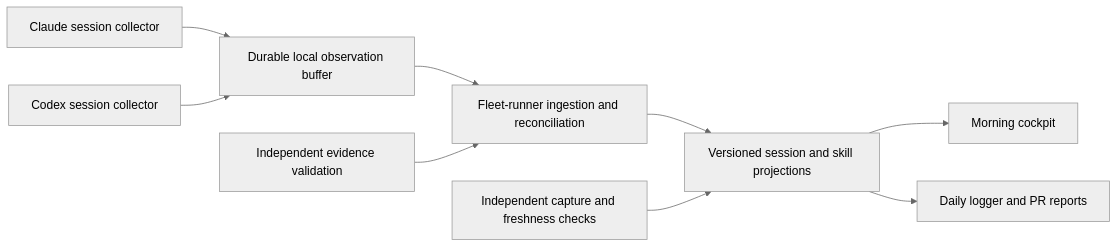
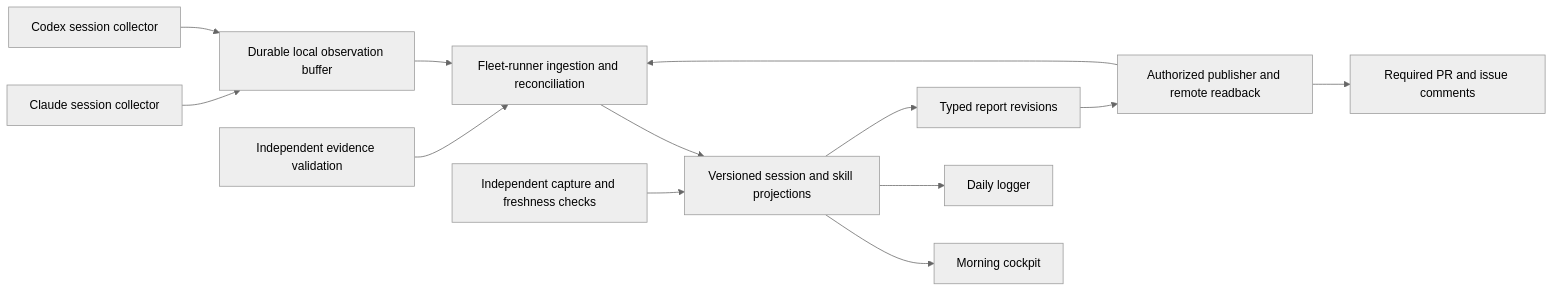
Before and after one commit to ojfbot/core: the diagram in decisions/fleet-runner/skill-observation.md, drawn with Mermaid (neutral theme). The commit also changed other lines of this file and 6 other files, not shown here.

````diff
--- a/decisions/fleet-runner/skill-observation.md
+++ b/decisions/fleet-runner/skill-observation.md
@@ -30,11 +32,15 @@
 ```mermaid
 flowchart LR
   C[Claude session collector] --> J[Durable local observation buffer]
   X[Codex session collector] --> J
   J --> F[Fleet-runner ingestion and reconciliation]
   E[Independent evidence validation] --> F
   F --> P[Versioned session and skill projections]
   P --> K[Morning cockpit]
-  P --> D[Daily logger and PR reports]
+  P --> D[Daily logger]
+  P --> R[Typed report revisions]
+  R --> U[Authorized publisher and remote readback]
+  U --> G[Required PR and issue comments]
+  U --> F
   W[Independent capture and freshness checks] --> P
 ```
````
